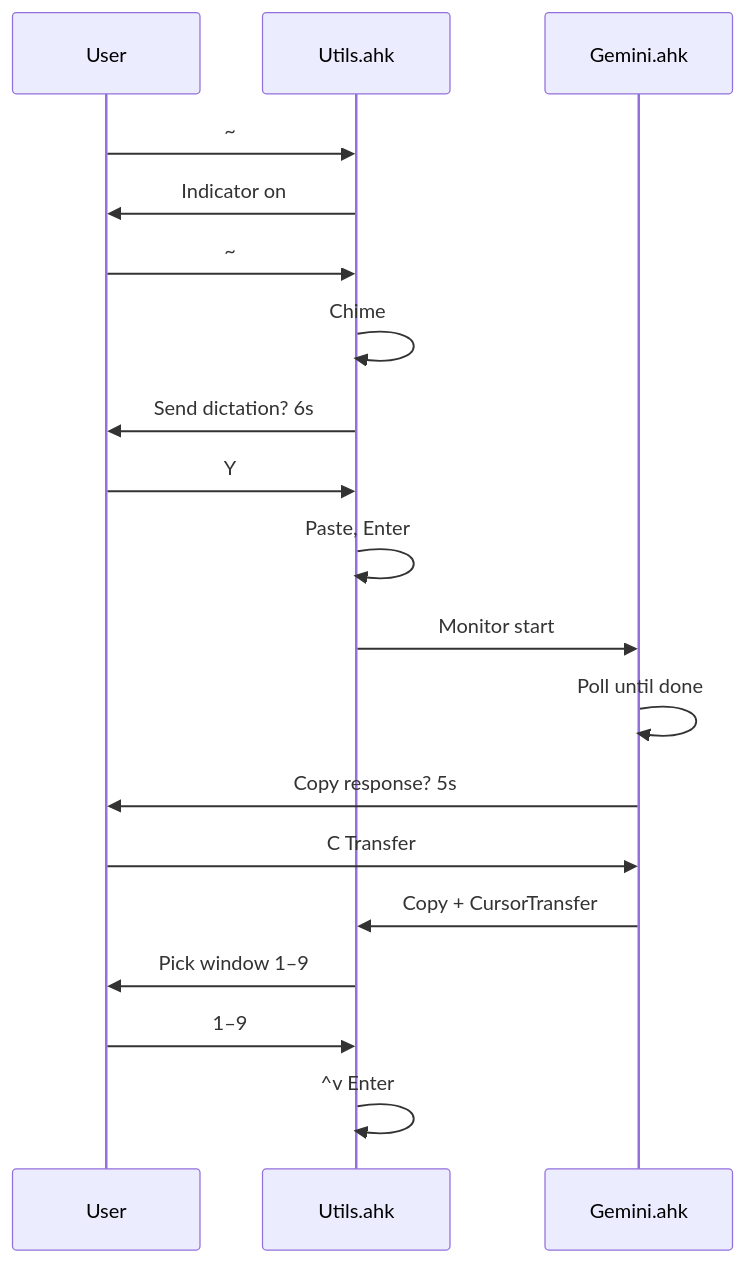
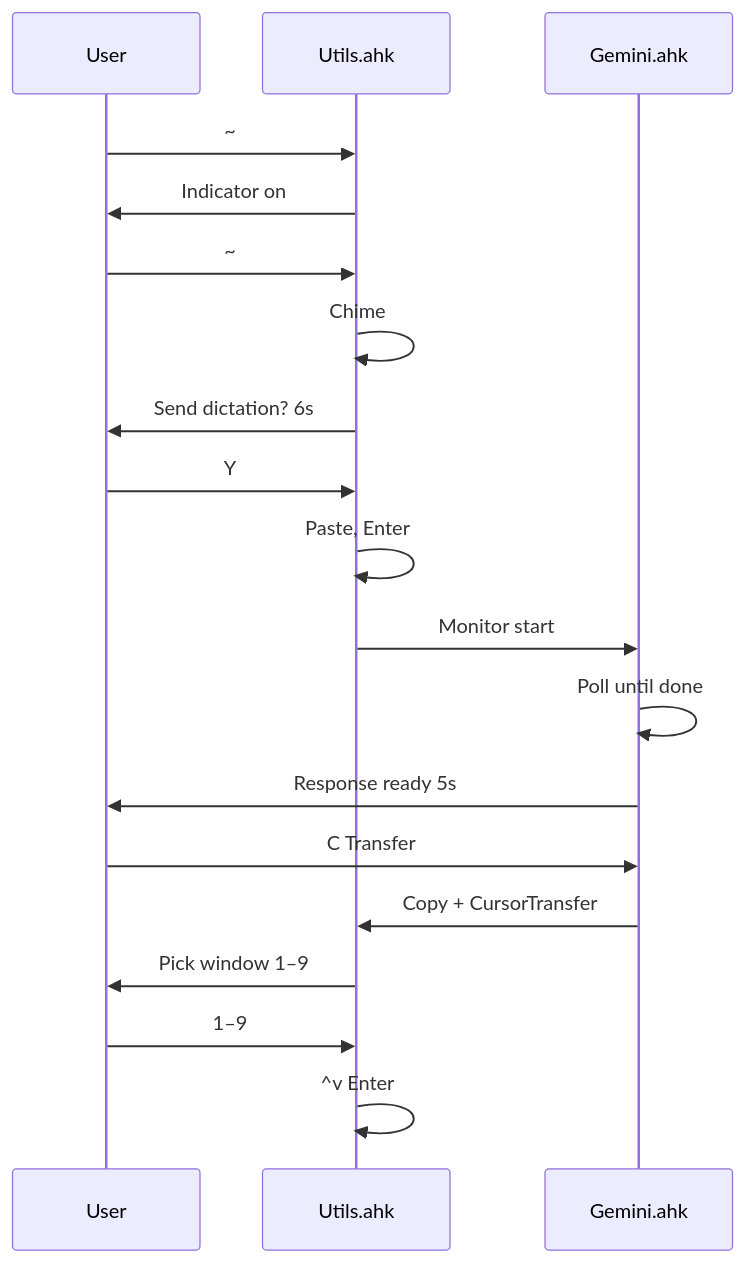
One commit to duducm2/scripts changed the second of 2 diagrams in docs/dictation-to-gemini-cursor-flow.md. Above: the diagram before and after it, drawn with Mermaid. The commit also changed other lines of this file and 7 other files, not shown here.

````diff
--- a/docs/dictation-to-gemini-cursor-flow.md
+++ b/docs/dictation-to-gemini-cursor-flow.md
@@ -123,22 +126,22 @@
 ```mermaid
 sequenceDiagram
     participant User
     participant AHK as Utils.ahk
     participant Gemini as Gemini.ahk
 
     User->>AHK: ~#!+0 start
     AHK->>User: Indicator on
     User->>AHK: ~#!+0 stop
     AHK->>AHK: Chime
     AHK->>User: Send dictation? 6s
     User->>AHK: Y
     AHK->>AHK: Paste, Enter
     AHK->>Gemini: Monitor start
     Gemini->>Gemini: Poll until done
-    Gemini->>User: Copy response? 5s
+    Gemini->>User: Response ready 5s
     User->>Gemini: C Transfer
     Gemini->>AHK: Copy + CursorTransfer
     AHK->>User: Pick window 1–9
     User->>AHK: 1–9
     AHK->>AHK: ^v Enter
 ```
````
